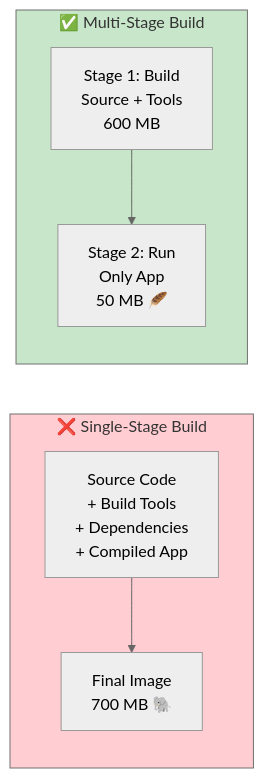
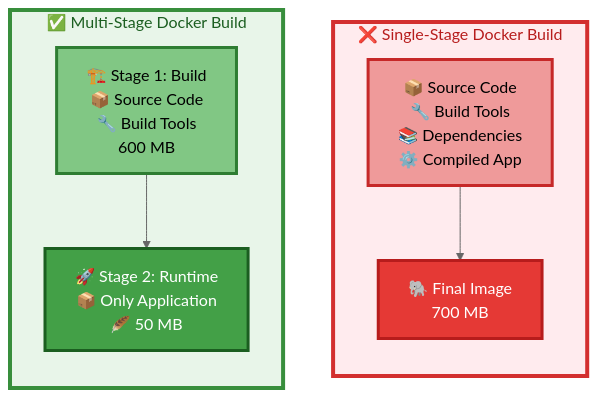
The ninth of 9 diagrams in README.md (social9009/Docker-Notes), drawn with Mermaid (neutral theme) before and after one commit. The commit also changed other lines of this file, not shown here.

````diff
--- a/README.md
+++ b/README.md
@@ -757,14 +885,34 @@
 ```mermaid
-graph LR
-    subgraph Single["❌ Single-Stage Build"]
-        S1[Source Code<br/>+ Build Tools<br/>+ Dependencies<br/>+ Compiled App]
-        S1 --> S2[Final Image<br/>700 MB 🐘]
-    end
-    
-    subgraph Multi["✅ Multi-Stage Build"]
-        M1[Stage 1: Build<br/>Source + Tools<br/>600 MB] --> M2[Stage 2: Run<br/>Only App<br/>50 MB 🪶]
-    end
-    
-    style Single fill:#ffcdd2
-    style Multi fill:#c8e6c9
+flowchart TB
+
+subgraph Single["❌ Single-Stage Docker Build"]
+direction TB
+
+S1["📦 Source Code<br>🔧 Build Tools<br>📚 Dependencies<br>⚙️ Compiled App"]
+
+S2["🐘 Final Image<br>700 MB"]
+
+S1 --> S2
+
+end
+
+subgraph Multi["✅ Multi-Stage Docker Build"]
+direction TB
+
+M1["🏗️ Stage 1: Build<br>📦 Source Code<br>🔧 Build Tools<br>600 MB"]
+
+M2["🚀 Stage 2: Runtime<br>📦 Only Application<br>🪶 50 MB"]
+
+M1 --> M2
+
+end
+
+style Single fill:#ffebee,stroke:#d32f2f,stroke-width:4px,color:#b71c1c
+style Multi fill:#e8f5e9,stroke:#388e3c,stroke-width:4px,color:#1b5e20
+
+style S1 fill:#ef9a9a,color:#000000,stroke:#c62828,stroke-width:3px
+style S2 fill:#e53935,color:#ffffff,stroke:#b71c1c,stroke-width:3px
+
+style M1 fill:#81c784,color:#000000,stroke:#2e7d32,stroke-width:3px
+style M2 fill:#43a047,color:#ffffff,stroke:#1b5e20,stroke-width:3px
 ```
````
